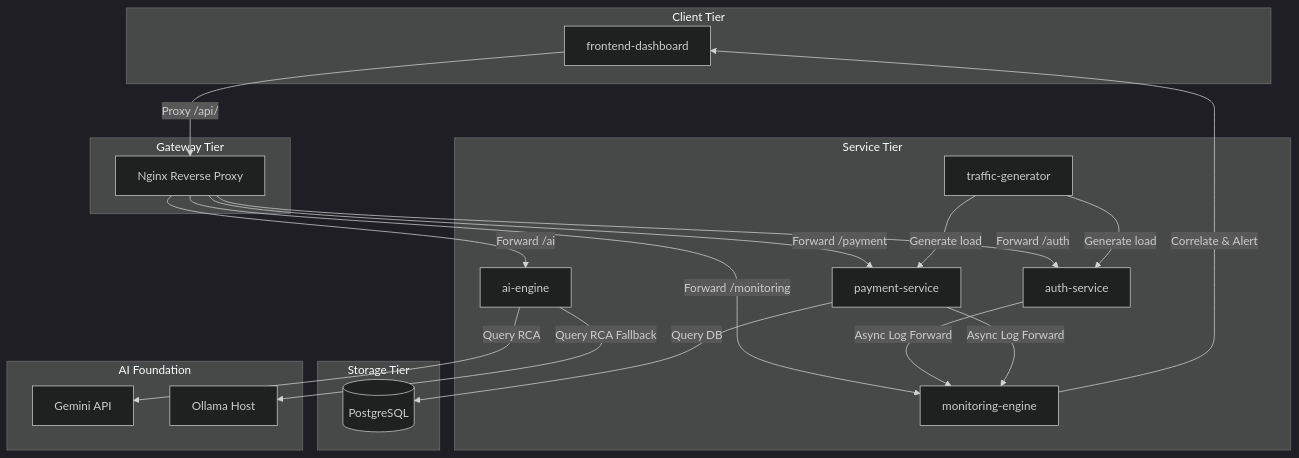
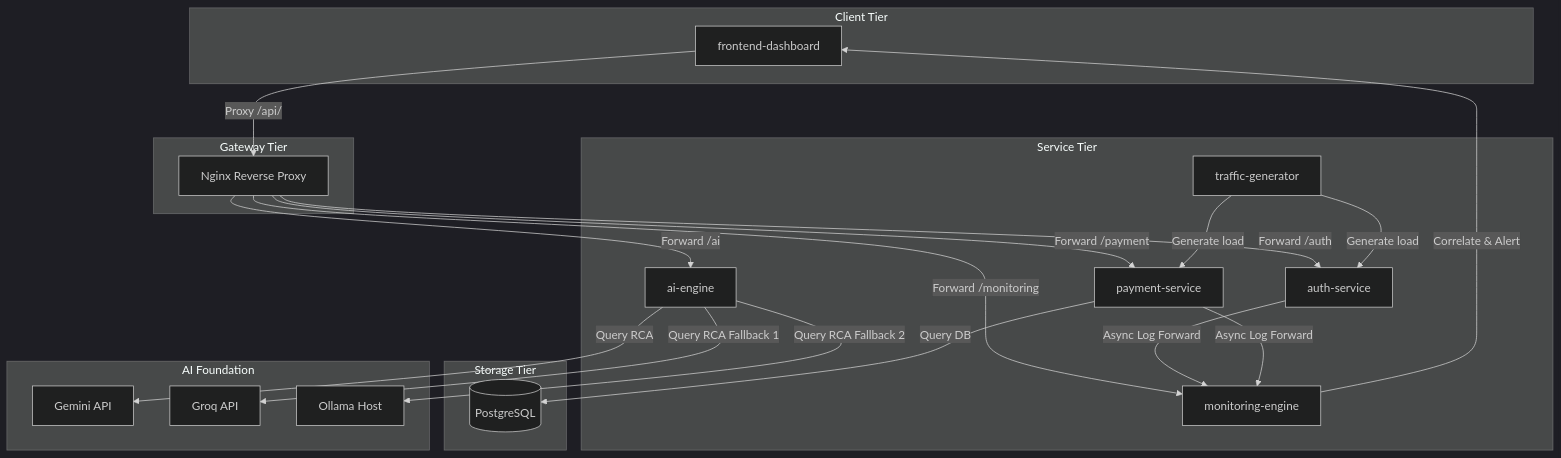
Before and after one commit to joshkumar50/API_Failure_Detection-Debugging_Agent: the diagram in README.md, drawn with Mermaid (dark theme). The commit also changed other lines of this file, not shown here.

Commit message:
docs: update system architecture to 4-tier engine with Groq API

````diff
--- a/README.md
+++ b/README.md
@@ -52,43 +53,45 @@
 ```mermaid
 flowchart TD
     subgraph Client Tier
         FD[frontend-dashboard]
     end
 
     subgraph Gateway Tier
         NP[Nginx Reverse Proxy]
     end
 
     subgraph Service Tier
         AS[auth-service]
         PS[payment-service]
         ME[monitoring-engine]
         AE[ai-engine]
         TG[traffic-generator]
     end
 
     subgraph Storage Tier
         DB[(PostgreSQL)]
     end
 
     subgraph AI Foundation
         GE[Gemini API]
+        GR[Groq API]
         OL[Ollama Host]
     end
 
     FD -->|Proxy /api/| NP
     NP -->|Forward /auth| AS
     NP -->|Forward /payment| PS
     NP -->|Forward /monitoring| ME
     NP -->|Forward /ai| AE
     
     TG -->|Generate load| AS
     TG -->|Generate load| PS
     AS -->|Async Log Forward| ME
     PS -->|Async Log Forward| ME
     PS -->|Query DB| DB
     
     ME -->|Correlate & Alert| FD
     AE -->|Query RCA| GE
-    AE -->|Query RCA Fallback| OL
+    AE -->|Query RCA Fallback 1| GR
+    AE -->|Query RCA Fallback 2| OL
 ```
````
